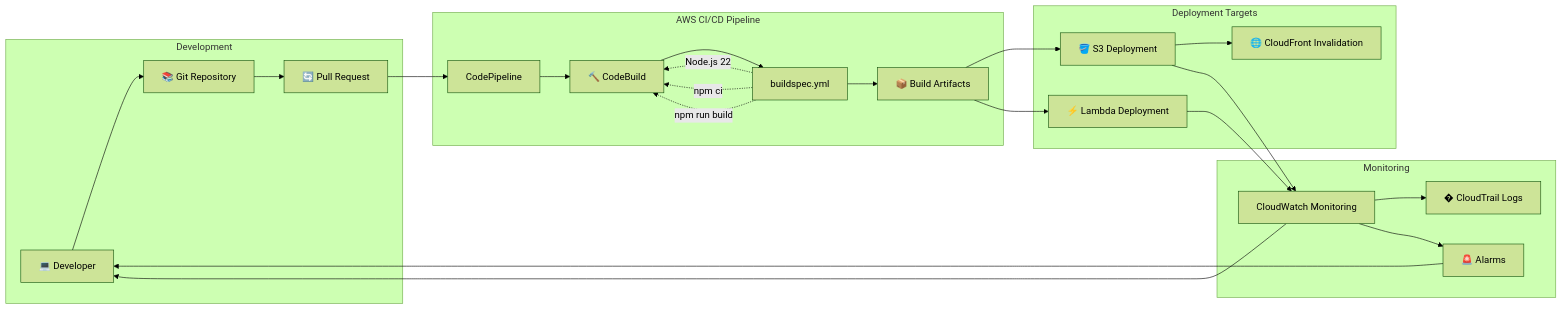
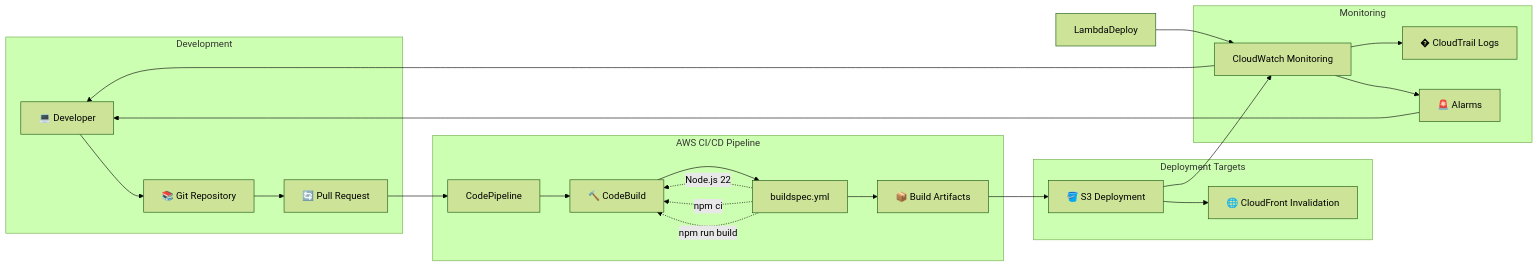
Before and after one commit to SanjeevGO123/drive-clone: the second of 2 diagrams in README.md, drawn with Mermaid (forest theme).

````diff
--- a/README.md
+++ b/README.md
@@ -125,52 +125,50 @@
 ```mermaid
 graph LR
     subgraph "Development"
         Dev[💻 Developer]
         Git[📚 Git Repository]
         PR[🔄 Pull Request]
     end
     
     subgraph "AWS CI/CD Pipeline"
         CP[CodePipeline]
         CB[🔨 CodeBuild]
         BuildSpec[buildspec.yml]
         Artifacts[📦 Build Artifacts]
     end
     
     subgraph "Deployment Targets"
         S3Deploy[🪣 S3 Deployment]
         CFInvalidate[🌐 CloudFront Invalidation]
-        LambdaDeploy[⚡ Lambda Deployment]
     end
     
     subgraph "Monitoring"
         Monitor[CloudWatch Monitoring]
         Logs[� CloudTrail Logs]
         Alerts[🚨 Alarms]
     end
     
     Dev --> Git
     Git --> PR
     PR --> CP
     CP --> CB
     CB --> BuildSpec
     BuildSpec --> Artifacts
     
     Artifacts --> S3Deploy
     S3Deploy --> CFInvalidate
-    Artifacts --> LambdaDeploy
     
     S3Deploy --> Monitor
     LambdaDeploy --> Monitor
     Monitor --> Logs
     Monitor --> Alerts
     
     %% Feedback loops
     Alerts --> Dev
     Monitor --> Dev
     
     %% Build Process Details
     BuildSpec -.-> |Node.js 22| CB
     BuildSpec -.-> |npm ci| CB
     BuildSpec -.-> |npm run build| CB
 ```
````
